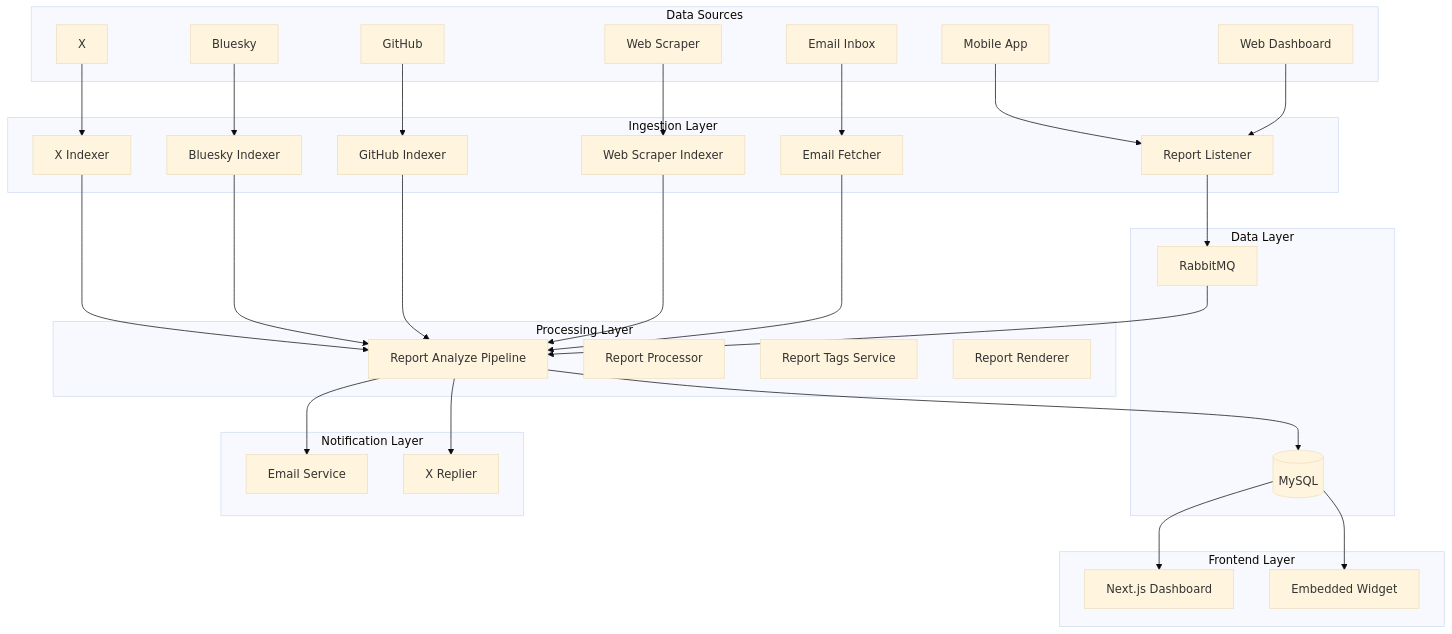
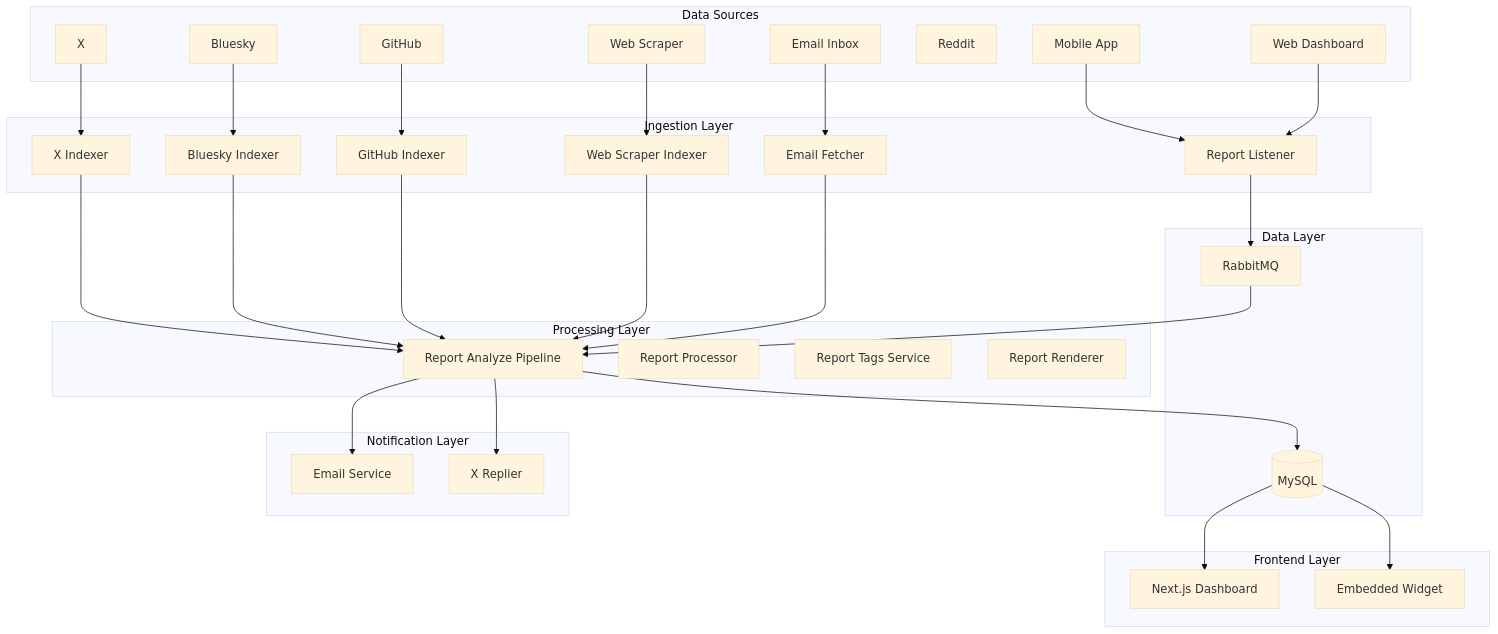
One commit to cleanappio/cleanapp_back_end_v2 changed the diagram in ARCHITECTURE.md. Above: the diagram before and after it, drawn with Mermaid (base theme). The commit also changed other lines of this file, not shown here.

First line of the commit message:
docs: add Reddit and report_analyzer to ARCHITECTURE.md

````diff
--- a/ARCHITECTURE.md
+++ b/ARCHITECTURE.md
@@ -9,66 +9,67 @@
 ```mermaid
 graph TB
     subgraph "Data Sources"
         APP[Mobile App]
         WEB[Web Dashboard]
         XSRC[X]
         BS[Bluesky]
         GH[GitHub]
+        REDDIT[Reddit]
         WEBSCRAPE[Web Scraper]
         EMAIL[Email Inbox]
     end
     
     subgraph "Ingestion Layer"
         RL[Report Listener]
         XI[X Indexer]
         BI[Bluesky Indexer]
         GHI[GitHub Indexer]
         WSI[Web Scraper Indexer]
         EF[Email Fetcher]
     end
     
     subgraph "Processing Layer"
         RAP[Report Analyze Pipeline]
         RP[Report Processor]
         RTS[Report Tags Service]
         RRS[Report Renderer]
     end
     
     subgraph "Data Layer"
         DB[(MySQL)]
         RMQ[RabbitMQ]
     end
     
     subgraph "Notification Layer"
         ES[Email Service]
         XR[X Replier]
     end
     
     subgraph "Frontend Layer"
         FE[Next.js Dashboard]
         EMBED[Embedded Widget]
     end
     
     APP --> RL
     WEB --> RL
     XSRC --> XI
     BS --> BI
     GH --> GHI
     WEBSCRAPE --> WSI
     EMAIL --> EF
     
     XI --> RAP
     BI --> RAP
     GHI --> RAP
     WSI --> RAP
     EF --> RAP
     RL --> RMQ
     RMQ --> RAP
     
     RAP --> DB
     RAP --> ES
     RAP --> XR
     
     DB --> FE
     DB --> EMBED
 ```
````
